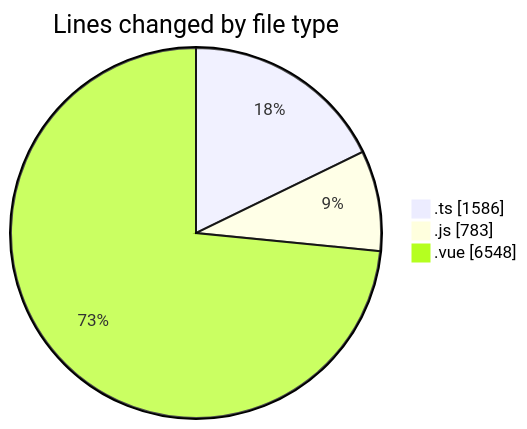
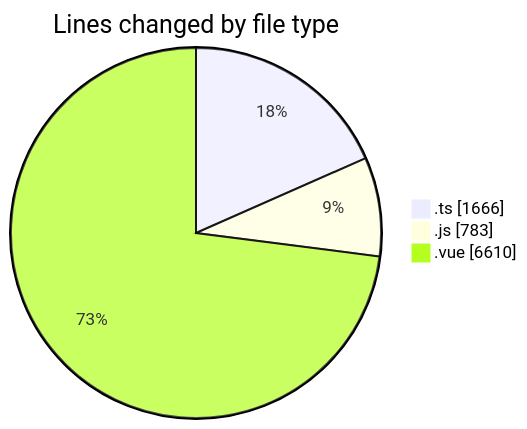
One commit to lephambinh05/code-tracking changed the first of 2 diagrams in 2025-08-16/rentotp/README.md. Above: the diagram before and after it, drawn with Mermaid. The commit also changed other lines of this file and 1 other file, not shown here.

````diff
--- a/2025-08-16/rentotp/README.md
+++ b/2025-08-16/rentotp/README.md
@@ -42,7 +44,7 @@
 ```mermaid
 pie showData
 title Lines changed by file type
-".ts" : 1586
+".ts" : 1666
 ".js" : 783
-".vue" : 6548
+".vue" : 6610
 ```
````
